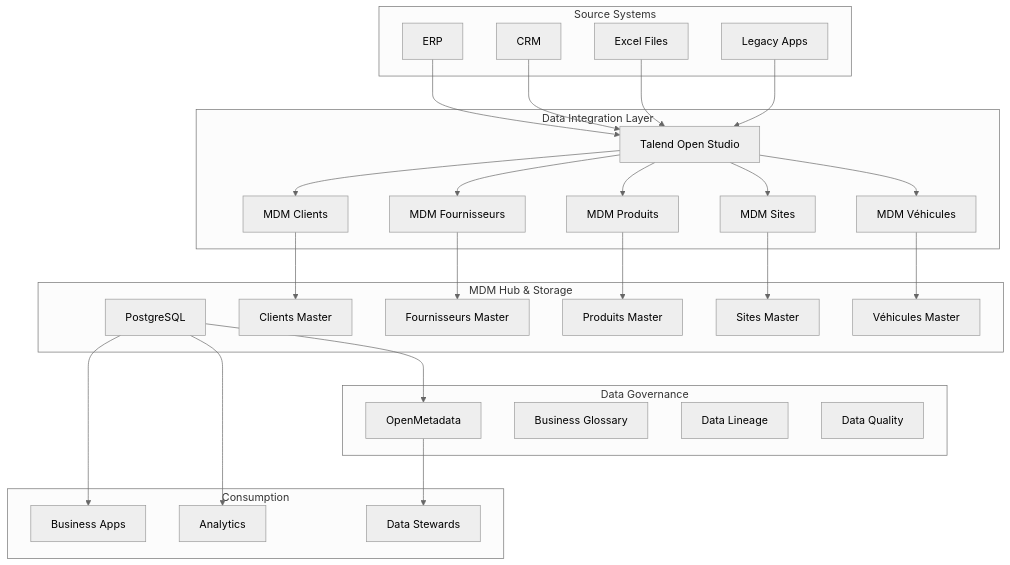
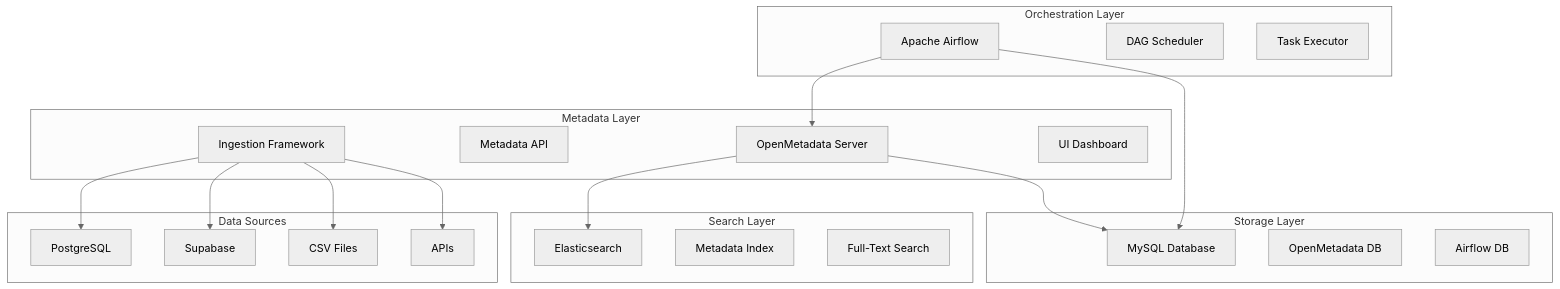
One commit to Hamza-Bouali/Data-Gov changed the first of 2 diagrams in README.md. Above: the diagram before and after it, drawn with Mermaid (neutral theme). The commit also changed other lines of this file and 2 other files, not shown here.

````diff
--- a/README.md
+++ b/README.md
@@ -16,62 +18,43 @@
 ```mermaid
 graph TB
-    subgraph "Source Systems"
-        A[ERP]
-        B[CRM]
-        C[Excel Files]
-        D[Legacy Apps]
+    subgraph "Orchestration Layer"
+        A[Apache Airflow]
+        A1[DAG Scheduler]
+        A2[Task Executor]
     end
     
-    subgraph "Data Integration Layer"
-        E[Talend Open Studio]
-        E1[MDM Clients]
-        E2[MDM Fournisseurs]
-        E3[MDM Produits]
-        E4[MDM Sites]
-        E5[MDM Véhicules]
+    subgraph "Metadata Layer"
+        B[OpenMetadata Server]
+        B1[Metadata API]
+        B2[Ingestion Framework]
+        B3[UI Dashboard]
     end
     
-    subgraph "MDM Hub & Storage"
-        F[PostgreSQL]
-        F1[Clients Master]
-        F2[Fournisseurs Master]
-        F3[Produits Master]
-        F4[Sites Master]
-        F5[Véhicules Master]
+    subgraph "Storage Layer"
+        C[MySQL Database]
+        C1[OpenMetadata DB]
+        C2[Airflow DB]
     end
     
-    subgraph "Data Governance"
-        G[OpenMetadata]
-        G1[Business Glossary]
-        G2[Data Lineage]
-        G3[Data Quality]
+    subgraph "Search Layer"
+        D[Elasticsearch]
+        D1[Metadata Index]
+        D2[Full-Text Search]
     end
     
-    subgraph "Consumption"
-        H[Business Apps]
-        I[Analytics]
-        J[Data Stewards]
+    subgraph "Data Sources"
+        E[PostgreSQL]
+        F[Supabase]
+        G[CSV Files]
+        H[APIs]
     end
     
-    A --> E
-    B --> E
-    C --> E
-    D --> E
-    
-    E --> E1
-    E --> E2
-    E --> E3
-    E --> E4
-    E --> E5
-    
-    E1 --> F1
-    E2 --> F2
-    E3 --> F3
-    E4 --> F4
-    E5 --> F5
-    
-    F --> G
-    G --> J
-    F --> H
-    F --> I
+    A --> B
+    B --> C
+    B --> D
+    A --> C
+    B2 --> E
+    B2 --> F
+    B2 --> G
+    B2 --> H
 ```
````
